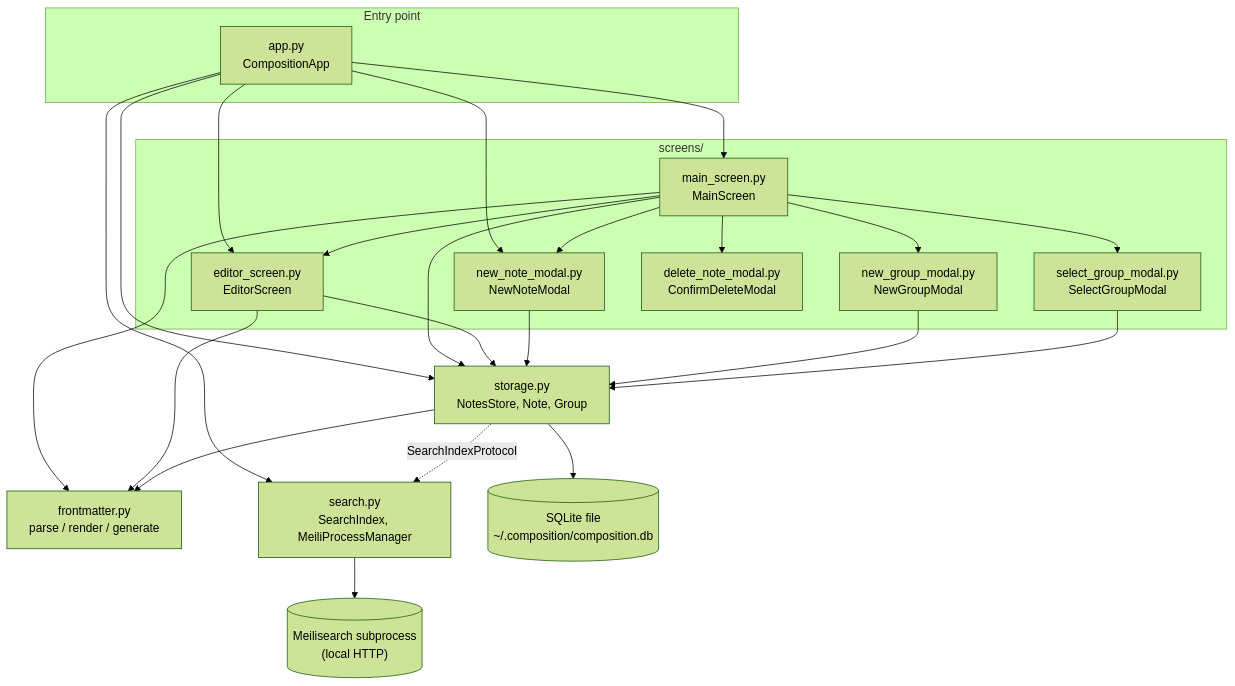
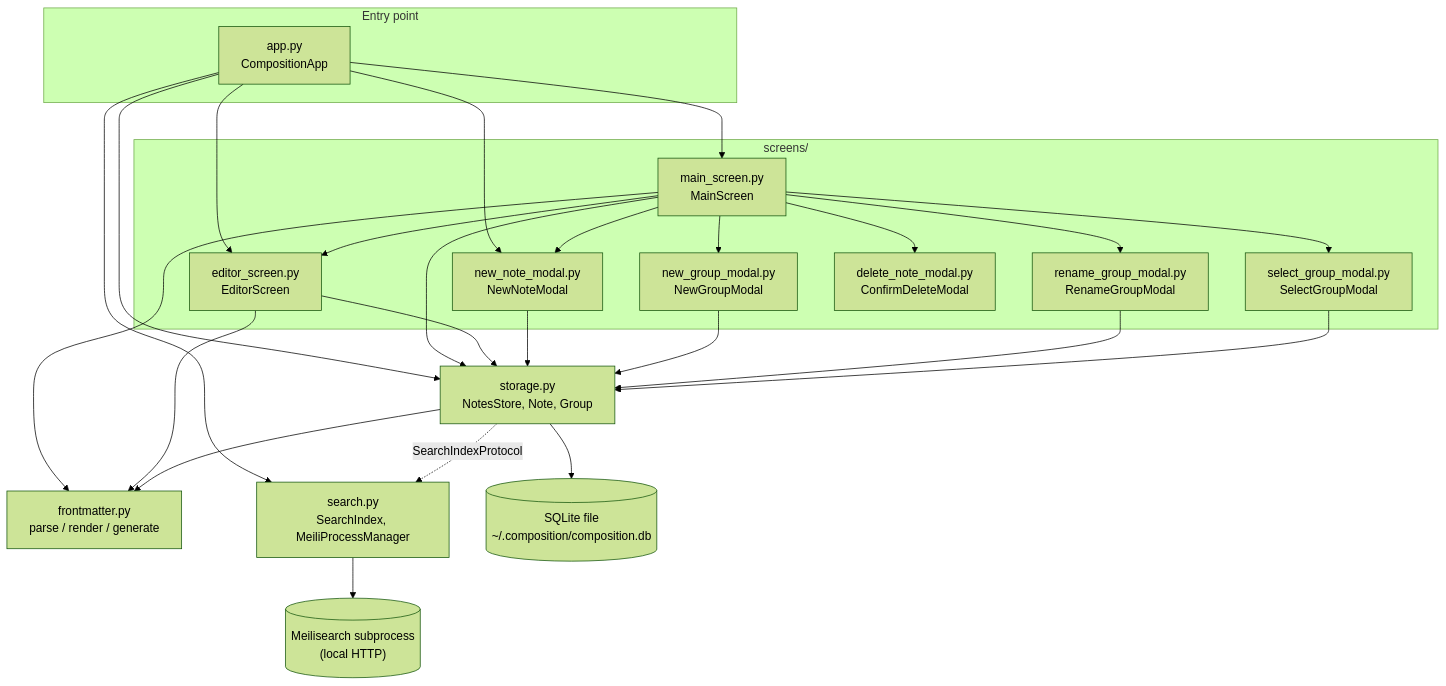
One commit to meddlin/composition changed the diagram in docs/architecture.md. Above: the diagram before and after it, drawn with Mermaid (forest theme). The commit also changed other lines of this file and 6 other files, not shown here.

````diff
--- a/docs/architecture.md
+++ b/docs/architecture.md
@@ -35,47 +35,50 @@
 ```mermaid
 flowchart TB
     subgraph entry["Entry point"]
         app["app.py<br/>CompositionApp"]
     end
 
     subgraph ui["screens/"]
         main["main_screen.py<br/>MainScreen"]
         editor["editor_screen.py<br/>EditorScreen"]
         newmodal["new_note_modal.py<br/>NewNoteModal"]
         newgroupmodal["new_group_modal.py<br/>NewGroupModal"]
+        renamegroupmodal["rename_group_modal.py<br/>RenameGroupModal"]
         selectgroupmodal["select_group_modal.py<br/>SelectGroupModal"]
         delmodal["delete_note_modal.py<br/>ConfirmDeleteModal"]
     end
 
     storage["storage.py<br/>NotesStore, Note, Group"]
     fm["frontmatter.py<br/>parse / render / generate"]
     search["search.py<br/>SearchIndex, MeiliProcessManager"]
     sqlite[("SQLite file<br/>~/.composition/composition.db")]
     meili[("Meilisearch subprocess<br/>(local HTTP)")]
 
     app --> main
     app --> editor
     app --> newmodal
     app --> storage
     app --> search
 
     main --> editor
     main --> newmodal
     main --> newgroupmodal
+    main --> renamegroupmodal
     main --> selectgroupmodal
     main --> delmodal
     main --> storage
     main --> fm
 
     editor --> storage
     editor --> fm
 
     newmodal --> storage
     newgroupmodal --> storage
+    renamegroupmodal --> storage
     selectgroupmodal --> storage
 
     storage --> fm
     storage -. "SearchIndexProtocol" .-> search
     storage --> sqlite
     search --> meili
 ```
````
